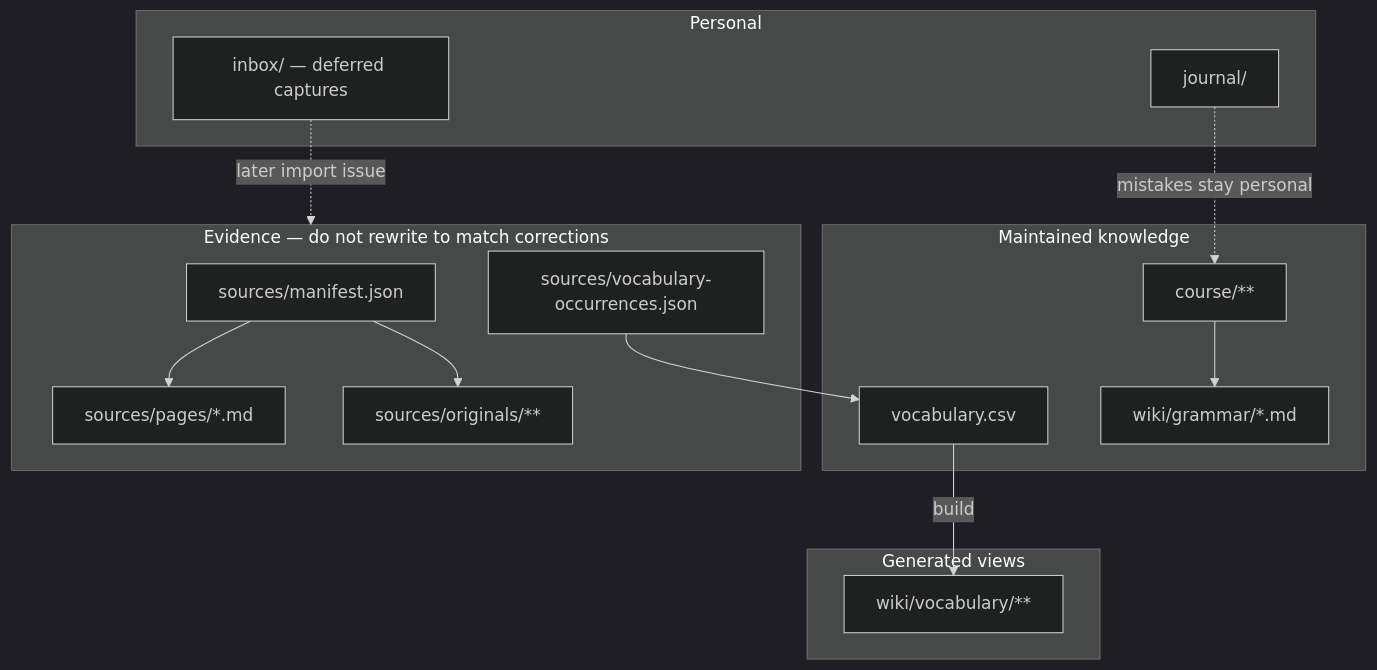
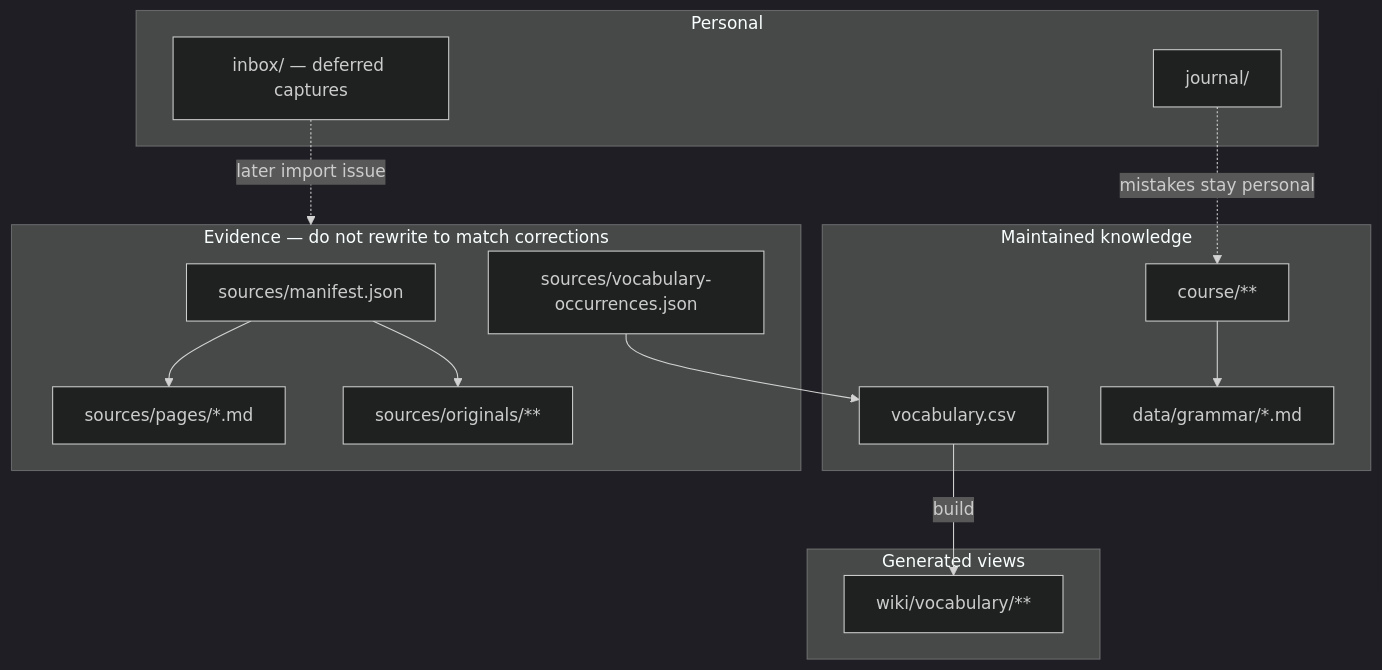
The first of 8 diagrams in docs/OVERVIEW.md (brickwalllegend2000/dutch-study), drawn with Mermaid (dark theme) before and after one commit. The commit also changed other lines of this file and 606 other files, not shown here.

First line of the commit message:
refactor(data): move vocabulary and grammar into data/

````diff
--- a/docs/OVERVIEW.md
+++ b/docs/OVERVIEW.md
@@ -27,28 +27,28 @@
 ```mermaid
 flowchart TB
   subgraph maintain["Maintained knowledge"]
     CSV["vocabulary.csv"]
-    GRAM["wiki/grammar/*.md"]
+    GRAM["data/grammar/*.md"]
     COURSE["course/**"]
   end
   subgraph generate["Generated views"]
     WV["wiki/vocabulary/**"]
   end
   subgraph evidence["Evidence — do not rewrite to match corrections"]
     MAN["sources/manifest.json"]
     OCC["sources/vocabulary-occurrences.json"]
     SNAP["sources/pages/*.md"]
     BIN["sources/originals/**"]
   end
   subgraph personal["Personal"]
     J["journal/"]
     I["inbox/ — deferred captures"]
   end
   CSV -->|build| WV
   OCC --> CSV
   MAN --> SNAP
   MAN --> BIN
   COURSE --> GRAM
   J -.->|mistakes stay personal| COURSE
   I -.->|later import issue| evidence
 ```
````
